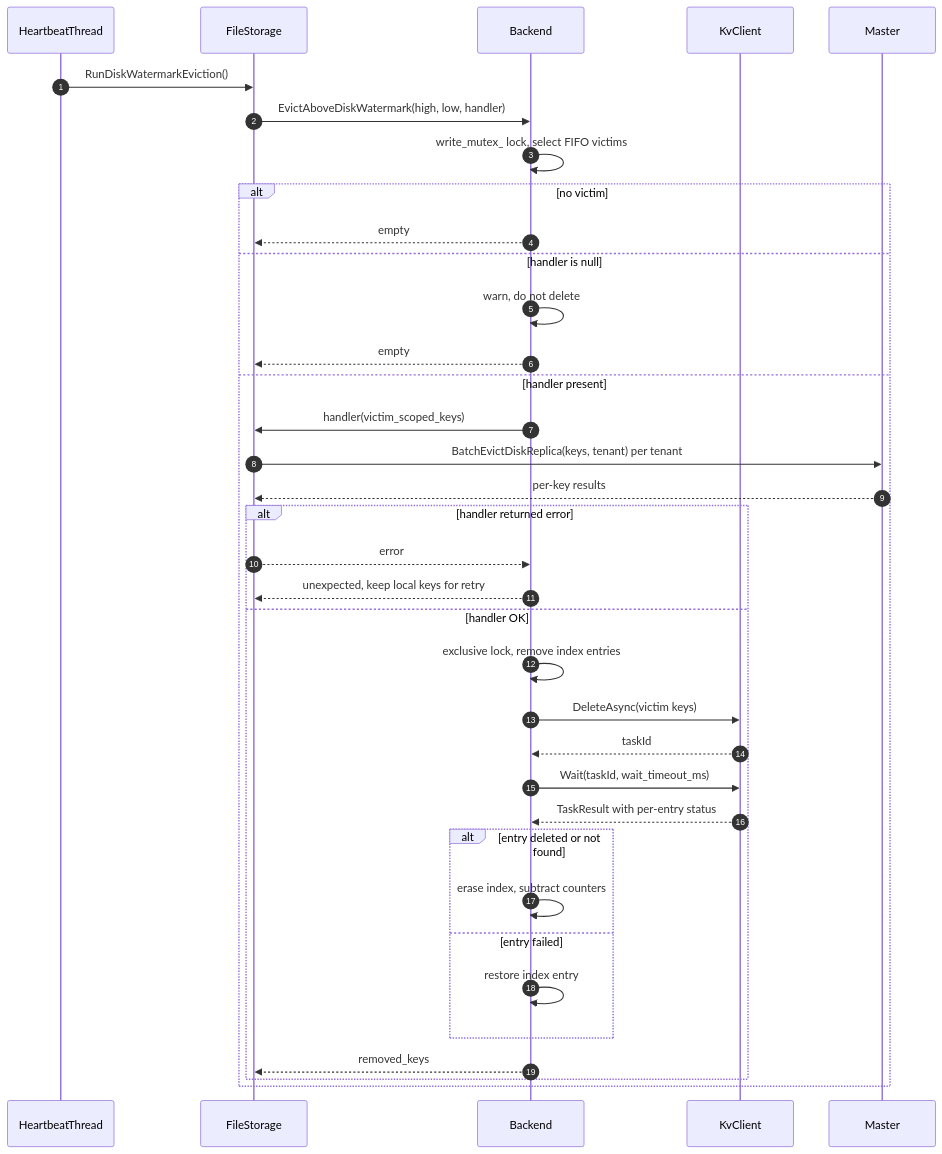
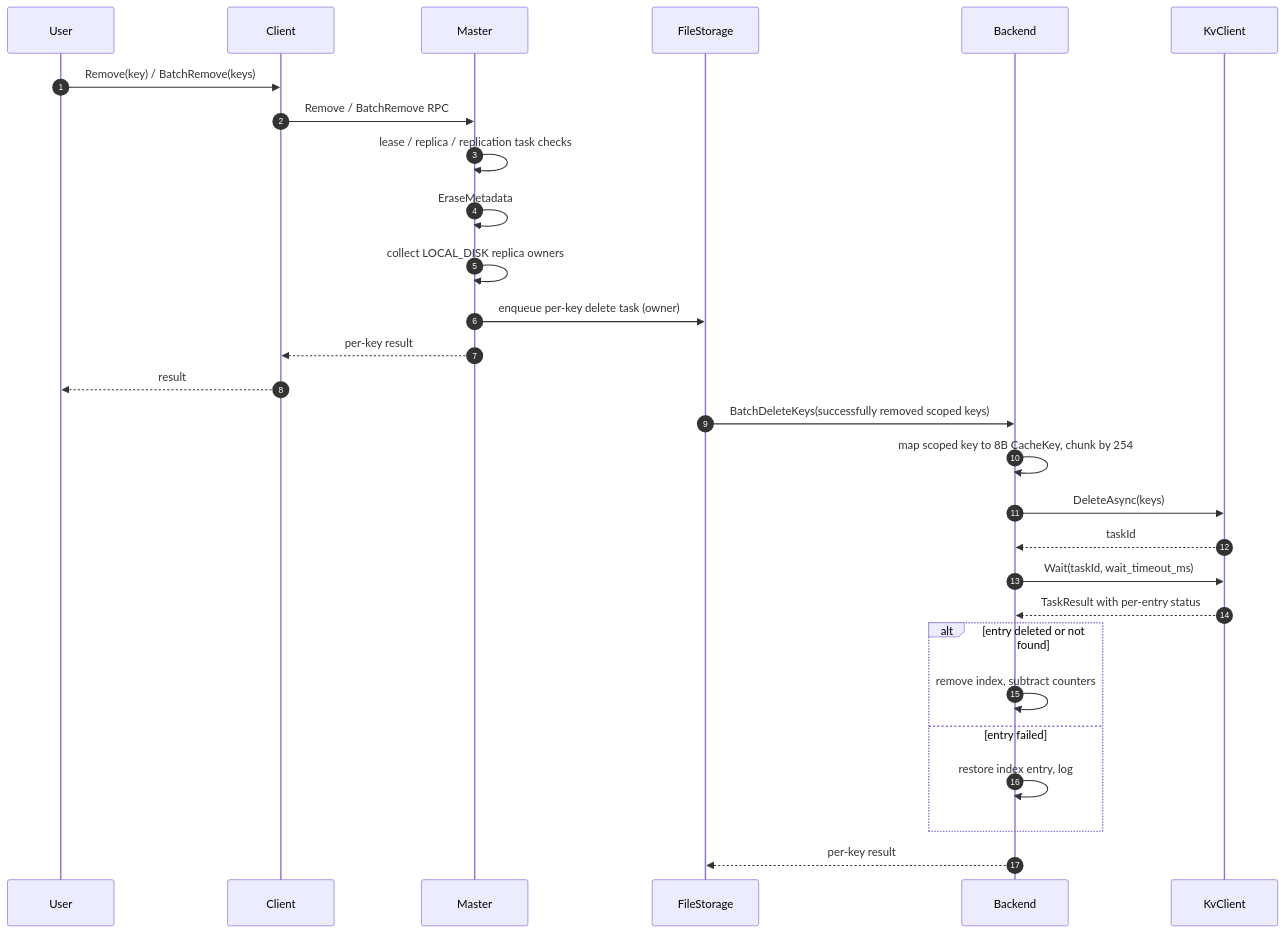
Diagram 13 of 14 in kvclient-storageBackend.md (zwj20000328-dotcom/Mooncake-documents), drawn with Mermaid before and after one commit. The commit also changed other lines of this file and 1 other file, not shown here.

````diff
--- a/kvclient-storageBackend.md
+++ b/kvclient-storageBackend.md
@@ -1035,40 +1134,33 @@
 ```mermaid
 sequenceDiagram
     autonumber
-    participant HB as HeartbeatThread
+    participant U as User
+    participant C as Client
+    participant MS as Master
     participant FS as FileStorage
     participant BE as Backend
     participant KC as KvClient
-    participant MS as Master
 
-    HB->>FS: RunDiskWatermarkEviction()
-    FS->>BE: EvictAboveDiskWatermark(high, low, handler)
-    BE->>BE: write_mutex_ lock, select FIFO victims
+    U->>C: Remove(key) / BatchRemove(keys)
+    C->>MS: Remove / BatchRemove RPC
+    MS->>MS: lease / replica / replication task checks
+    MS->>MS: EraseMetadata
+    MS->>MS: collect LOCAL_DISK replica owners
+    MS->>FS: enqueue per-key delete task (owner)
+    MS-->>C: per-key result
+    C-->>U: result
 
-    alt no victim
-        BE-->>FS: empty
-    else handler is null
-        BE->>BE: warn, do not delete
-        BE-->>FS: empty
-    else handler present
-        BE->>FS: handler(victim_scoped_keys)
-        FS->>MS: BatchEvictDiskReplica(keys, tenant) per tenant
-        MS-->>FS: per-key results
-        alt handler returned error
-            FS-->>BE: error
-            BE-->>FS: unexpected, keep local keys for retry
-        else handler OK
-            BE->>BE: exclusive lock, remove index entries
-            BE->>KC: DeleteAsync(victim keys)
-            KC-->>BE: taskId
-            BE->>KC: Wait(taskId, wait_timeout_ms)
-            KC-->>BE: TaskResult with per-entry status
-            alt entry deleted or not found
-                BE->>BE: erase index, subtract counters
-            else entry failed
-                BE->>BE: restore index entry
-            end
-            BE-->>FS: removed_keys
-        end
+    FS->>BE: BatchDeleteKeys(successfully removed scoped keys)
+    BE->>BE: map scoped key to 8B CacheKey, chunk by 254
+    BE->>KC: DeleteAsync(keys)
+    KC-->>BE: taskId
+    BE->>KC: Wait(taskId, wait_timeout_ms)
+    KC-->>BE: TaskResult with per-entry status
+
+    alt entry deleted or not found
+        BE->>BE: remove index, subtract counters
+    else entry failed
+        BE->>BE: restore index entry, log
     end
+    BE-->>FS: per-key result
 ```
````
